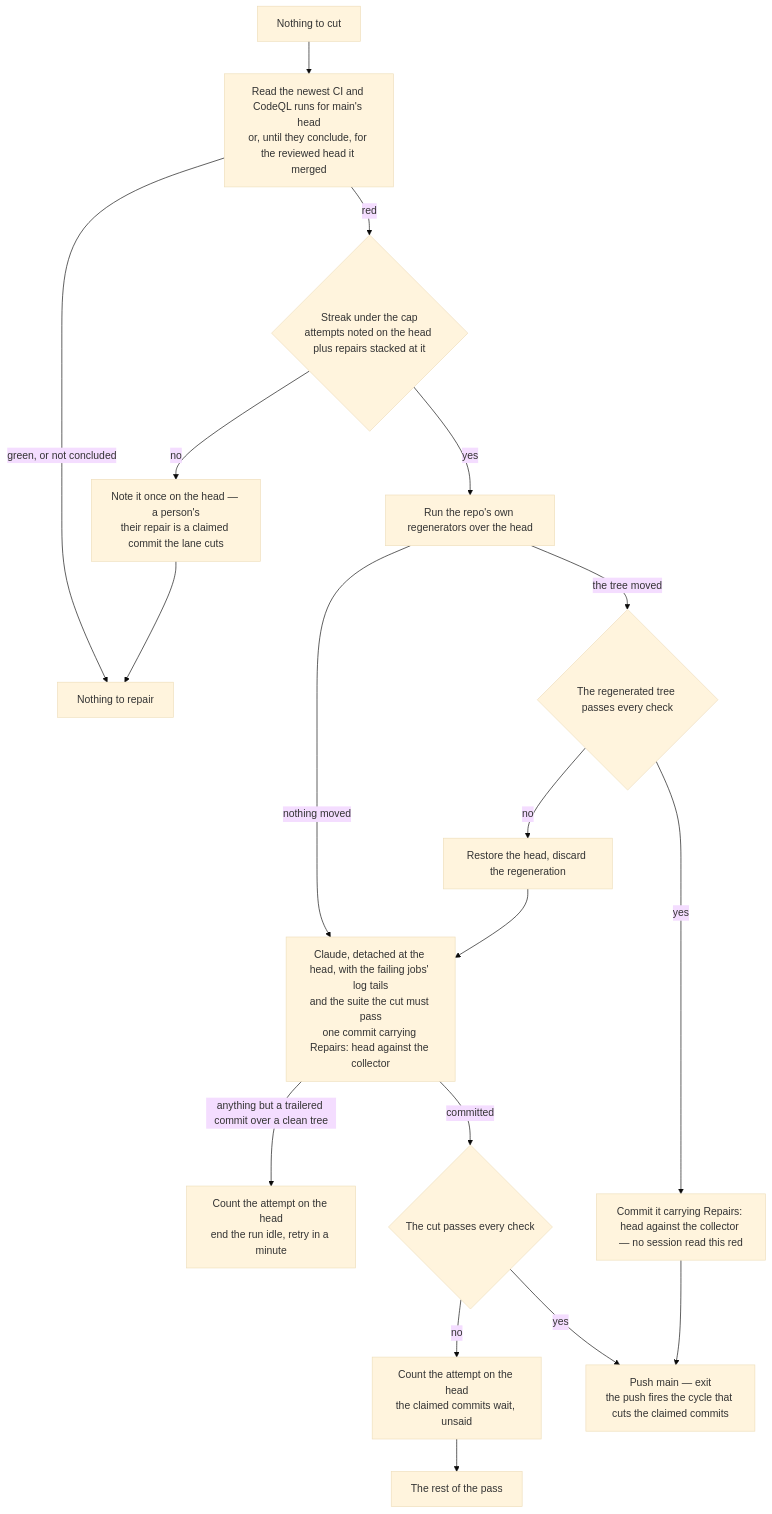
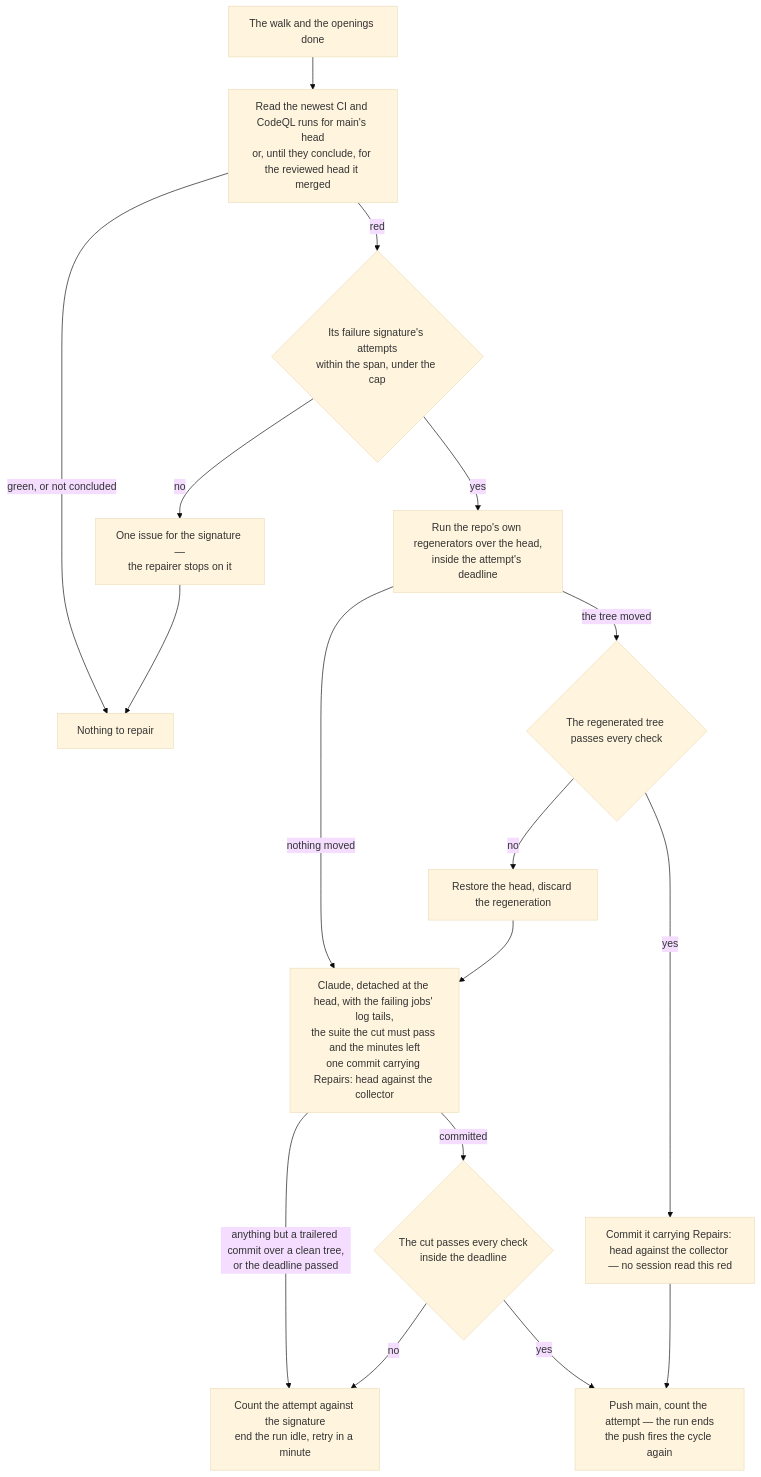
The diagram in apps/web/content/docs/infra/review-collector/repair.md (Esposter/Esposter), drawn with Mermaid (base theme) before and after one commit. The commit also changed other lines of this file and 8 other files, not shown here.

First line of the commit message:
docs(review-collector): a red main is repaired last in the pass, under a deadline and counted per failure signature, and a window opens as soon as the rolling hour frees a slot

````diff
--- a/apps/web/content/docs/infra/review-collector/repair.md
+++ b/apps/web/content/docs/infra/review-collector/repair.md
@@ -14,17 +14,17 @@
 ```mermaid
 flowchart TD
-  E[Nothing to cut] --> R[Read the newest CI and CodeQL runs for main's head<br/>or, until they conclude, for the reviewed head it merged]
+  E[The walk and the openings done] --> R[Read the newest CI and CodeQL runs for main's head<br/>or, until they conclude, for the reviewed head it merged]
   R -->|green, or not concluded| L[Nothing to repair]
-  R -->|red| S{Streak under the cap<br/>attempts noted on the head plus repairs stacked at it}
-  S -->|no| P[Note it once on the head — a person's<br/>their repair is a claimed commit the lane cuts] --> L
-  S -->|yes| G[Run the repo's own regenerators over the head]
+  R -->|red| S{Its failure signature's attempts<br/>within the span, under the cap}
+  S -->|no| P[One issue for the signature —<br/>the repairer stops on it] --> L
+  S -->|yes| G[Run the repo's own regenerators over the head,<br/>inside the attempt's deadline]
   G -->|nothing moved| C
   G -->|the tree moved| GV{The regenerated tree passes every check}
   GV -->|no| RS[Restore the head, discard the regeneration] --> C
   GV -->|yes| GC[Commit it carrying Repairs: head against the collector — no session read this red] --> PU
-  C[Claude, detached at the head, with the failing jobs' log tails<br/>and the suite the cut must pass<br/>one commit carrying Repairs: head against the collector]
-  C -->|anything but a trailered commit over a clean tree| F[Count the attempt on the head<br/>end the run idle, retry in a minute]
-  C -->|committed| V{The cut passes every check}
-  V -->|no| N[Count the attempt on the head<br/>the claimed commits wait, unsaid] --> L2[The rest of the pass]
-  V -->|yes| PU[Push main — exit<br/>the push fires the cycle that cuts the claimed commits]
+  C[Claude, detached at the head, with the failing jobs' log tails,<br/>the suite the cut must pass and the minutes left<br/>one commit carrying Repairs: head against the collector]
+  C -->|anything but a trailered commit over a clean tree,<br/>or the deadline passed| F[Count the attempt against the signature<br/>end the run idle, retry in a minute]
+  C -->|committed| V{The cut passes every check<br/>inside the deadline}
+  V -->|no| F
+  V -->|yes| PU[Push main, count the attempt — the run ends<br/>the push fires the cycle again]
 ```
````
